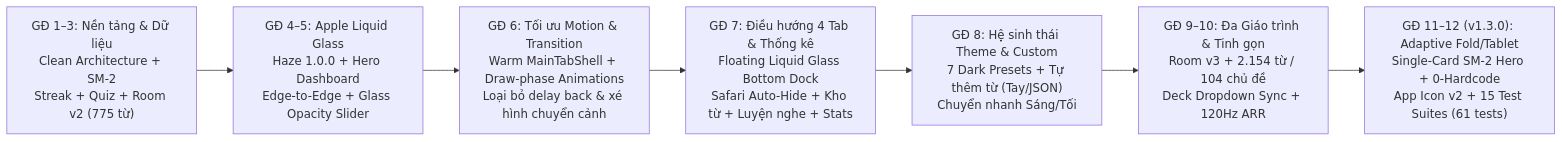
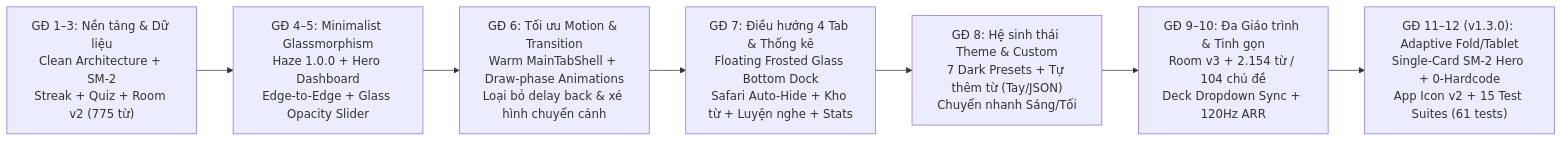
Before and after one commit to NgocTanHoang/Toeic_Flashcard_Android: the first of 11 diagrams in PROJECT_REPORT.md, drawn with Mermaid. The commit also changed other lines of this file and 4 other files, not shown here.

Commit message:
docs: replace Apple/Liquid Glass wording with Frosted Glass / Minimalist Glassmorphism

````diff
--- a/PROJECT_REPORT.md
+++ b/PROJECT_REPORT.md
@@ -22,9 +22,9 @@
 ```mermaid
 flowchart LR
-    S1["GĐ 1–3: Nền tảng & Dữ liệu\nClean Architecture + SM-2\nStreak + Quiz + Room v2 (775 từ)"] --> S2["GĐ 4–5: Apple Liquid Glass\nHaze 1.0.0 + Hero Dashboard\nEdge-to-Edge + Glass Opacity Slider"]
+    S1["GĐ 1–3: Nền tảng & Dữ liệu\nClean Architecture + SM-2\nStreak + Quiz + Room v2 (775 từ)"] --> S2["GĐ 4–5: Minimalist Glassmorphism\nHaze 1.0.0 + Hero Dashboard\nEdge-to-Edge + Glass Opacity Slider"]
     S2 --> S3["GĐ 6: Tối ưu Motion & Transition\nWarm MainTabShell + Draw-phase Animations\nLoại bỏ delay back & xé hình chuyển cảnh"]
-    S3 --> S4["GĐ 7: Điều hướng 4 Tab & Thống kê\nFloating Liquid Glass Bottom Dock\nSafari Auto-Hide + Kho từ + Luyện nghe + Stats"]
+    S3 --> S4["GĐ 7: Điều hướng 4 Tab & Thống kê\nFloating Frosted Glass Bottom Dock\nSafari Auto-Hide + Kho từ + Luyện nghe + Stats"]
     S4 --> S5["GĐ 8: Hệ sinh thái Theme & Custom\n7 Dark Presets + Tự thêm từ (Tay/JSON)\nChuyển nhanh Sáng/Tối"]
     S5 --> S6["GĐ 9–10: Đa Giáo trình & Tinh gọn\nRoom v3 + 2.154 từ / 104 chủ đề\nDeck Dropdown Sync + 120Hz ARR"]
     S6 --> S7["GĐ 11–12 (v1.3.0): Adaptive Fold/Tablet\nSingle-Card SM-2 Hero + 0-Hardcode\nApp Icon v2 + 15 Test Suites (61 tests)"]
 ```
````
